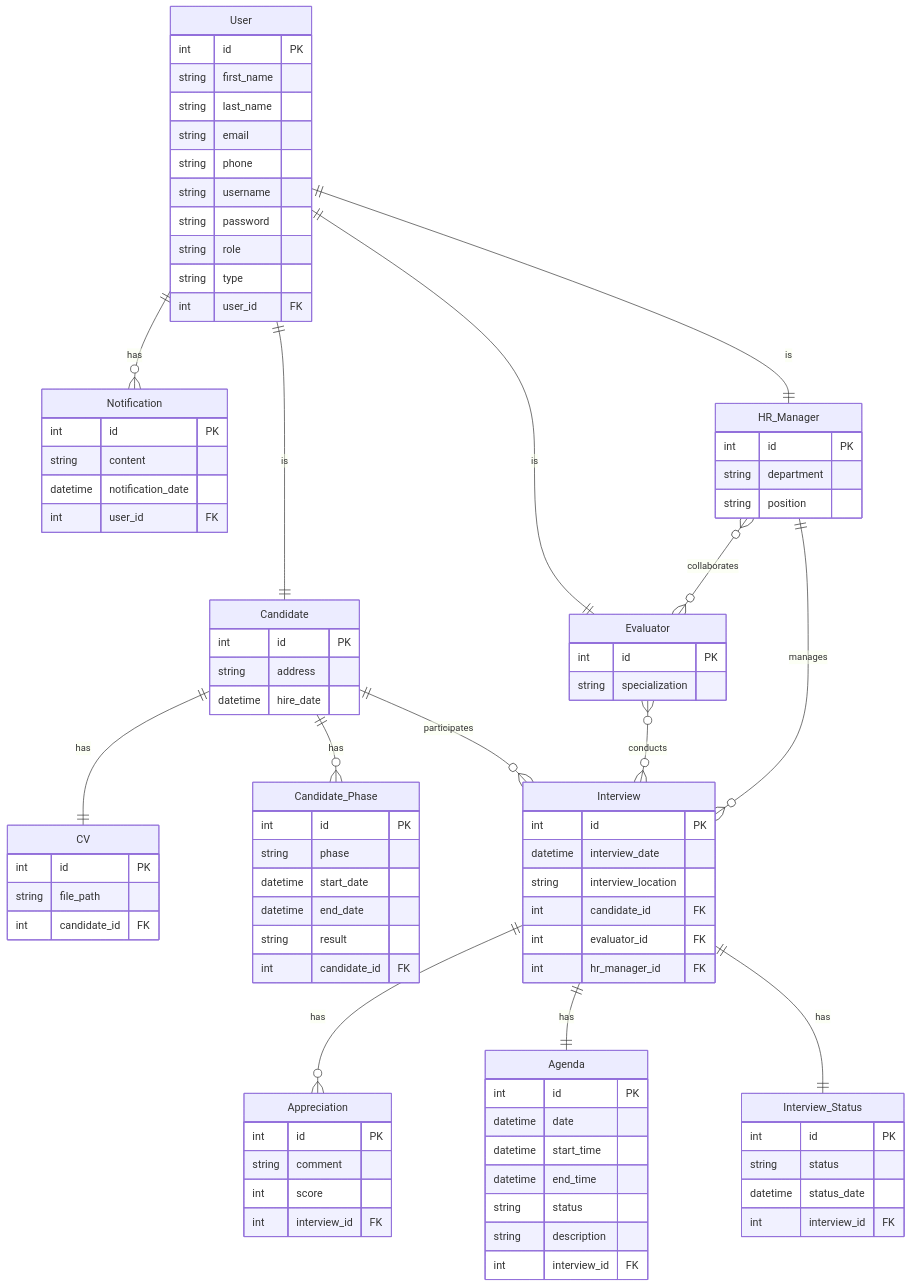
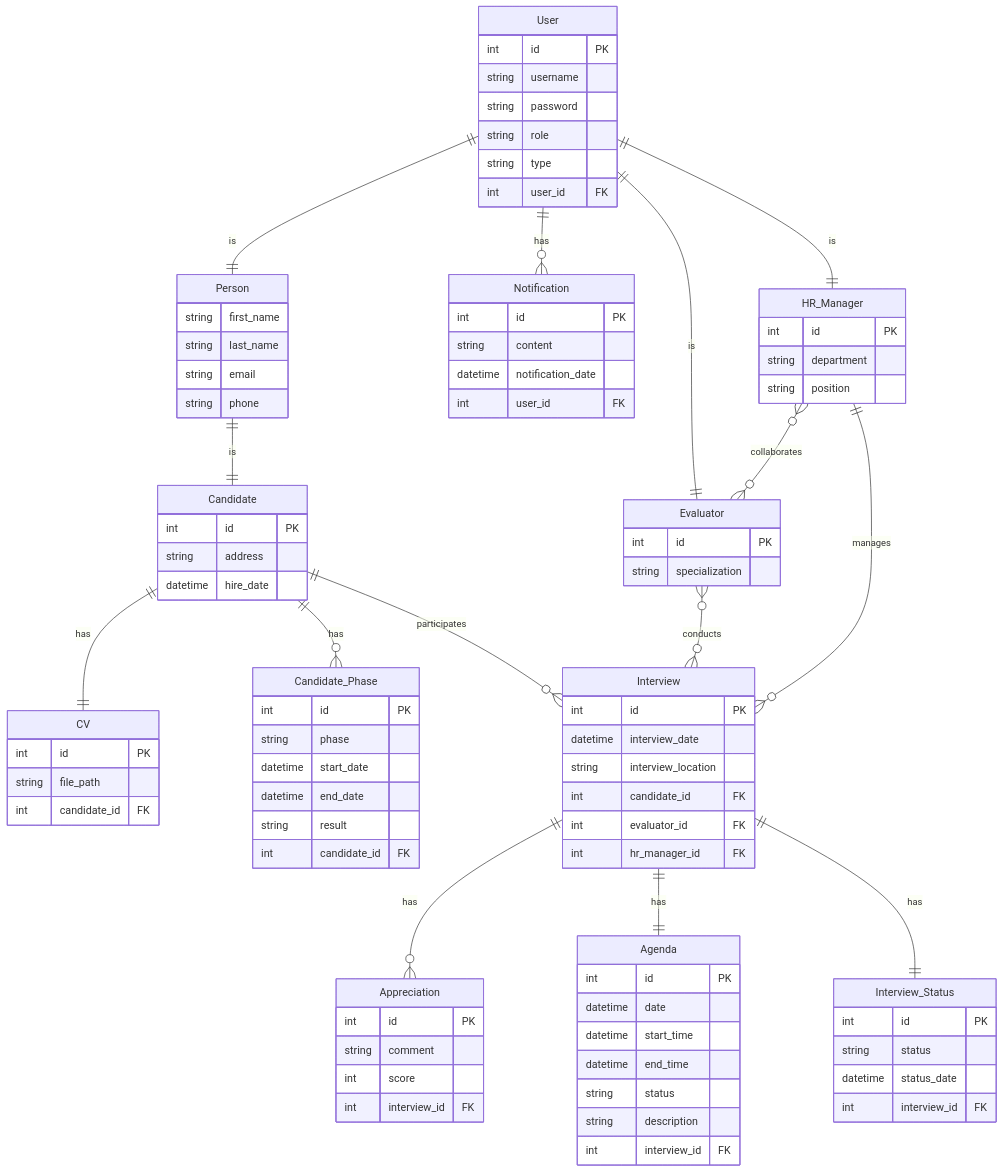
The diagram in Conception/updated-er-diagram.mermaid (abdosql/InterviewManagerSQLI), drawn with Mermaid before and after one commit. The commit also changed 8 other files, not shown here.

```diff
--- a/Conception/updated-er-diagram.mermaid
+++ b/Conception/updated-er-diagram.mermaid
@@ -1,89 +1,92 @@
 erDiagram
+    User ||--|| Person : is
     User ||--o{ Notification : has
-    User ||--|| Candidate : is
+    Person ||--|| Candidate : is
     User ||--|| Evaluator : is
     User ||--|| HR_Manager : is
     Candidate ||--|| CV : has
     Candidate ||--o{ Candidate_Phase : has
     Candidate ||--o{ Interview : participates
     Evaluator }o--o{ Interview : conducts
     Interview ||--o{ Appreciation : has
     Interview ||--|| Agenda : has
     Interview ||--|| Interview_Status : has
     HR_Manager ||--o{ Interview : manages
     HR_Manager }o--o{ Evaluator : collaborates
 
     User {
         int id PK
-        string first_name
-        string last_name
-        string email
-        string phone
         string username
         string password
         string role
         string type
         int user_id FK
+    }
+    Person {
+        string first_name
+        string last_name
+        string email
+        string phone
     }
     Candidate {
         int id PK
         string address
         datetime hire_date
     }
     CV {
         int id PK
         string file_path
         int candidate_id FK
     }
     Evaluator {
         int id PK
         string specialization
     }
     Interview {
         int id PK
         datetime interview_date
         string interview_location
         int candidate_id FK
         int evaluator_id FK
         int hr_manager_id FK
     }
     Appreciation {
         int id PK
         string comment
         int score
         int interview_id FK
     }
     Agenda {
         int id PK
         datetime date
         datetime start_time
         datetime end_time
         string status
         string description
         int interview_id FK
     }
     HR_Manager {
         int id PK
         string department
         string position
     }
     Notification {
         int id PK
         string content
         datetime notification_date
         int user_id FK
     }
     Candidate_Phase {
         int id PK
         string phase
         datetime start_date
         datetime end_date
         string result
         int candidate_id FK
     }
     Interview_Status {
         int id PK
         string status
         datetime status_date
         int interview_id FK
     }
```
